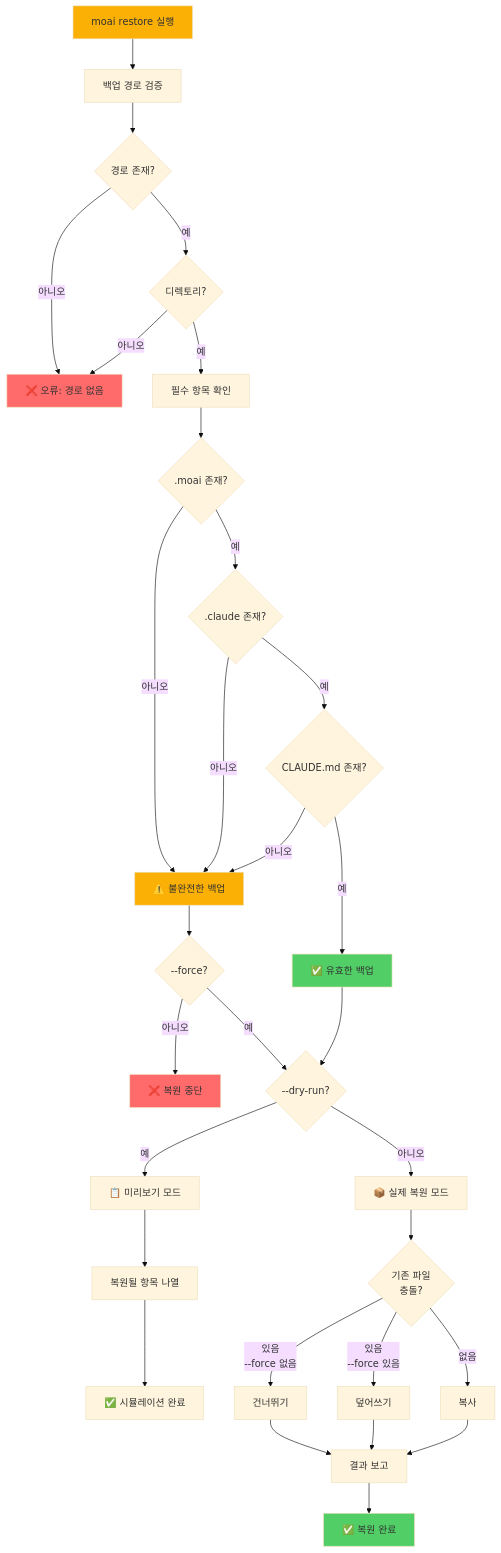
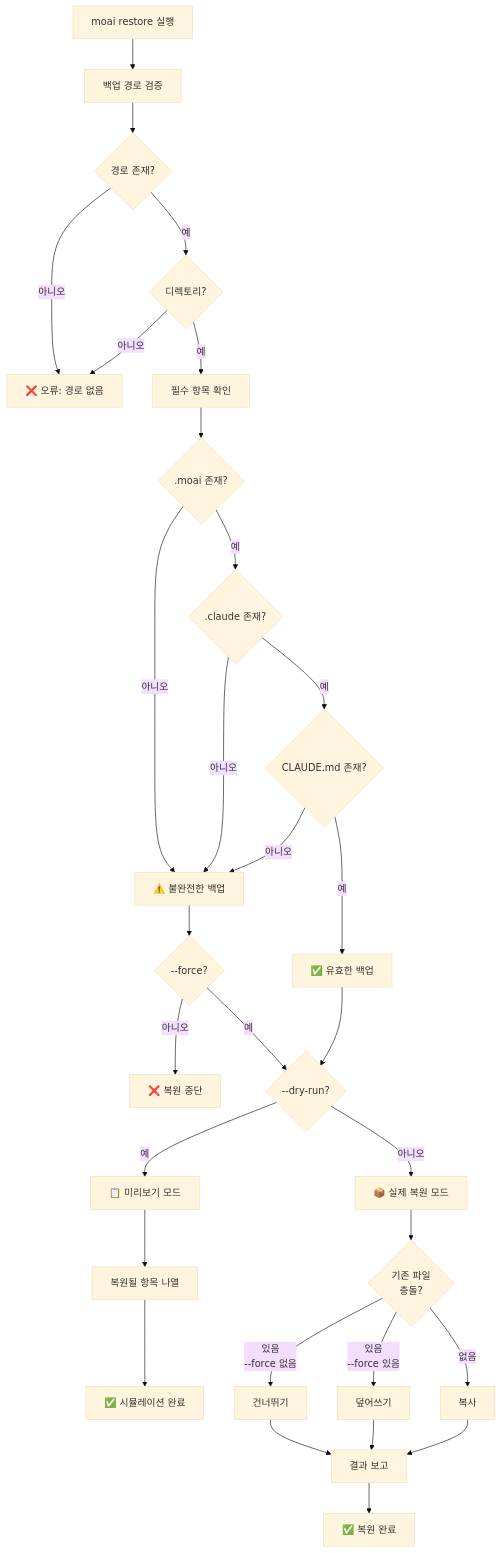
The first of 3 diagrams in docs/cli/restore.md (modu-ai/moai-adk), drawn with Mermaid (base theme) before and after one commit. The commit also changed other lines of this file and 299 other files, not shown here.

First line of the commit message:
🎨 feat: Mermaid 다크/라이트 테마 대응 + trust-checker 통합

````diff
--- a/docs/cli/restore.md
+++ b/docs/cli/restore.md
@@ -17,45 +17,39 @@
 ```mermaid
 flowchart TD
     A[moai restore 실행] --> B[백업 경로 검증]
     B --> C{경로 존재?}
     C -->|아니오| Z[❌ 오류: 경로 없음]
     C -->|예| D{디렉토리?}
     D -->|아니오| Z
     D -->|예| E[필수 항목 확인]
 
     E --> F{.moai 존재?}
     F -->|아니오| G[⚠️ 불완전한 백업]
     F -->|예| H{.claude 존재?}
     H -->|아니오| G
     H -->|예| I{CLAUDE.md 존재?}
     I -->|아니오| G
     I -->|예| J[✅ 유효한 백업]
 
     G --> K{--force?}
     K -->|아니오| Z2[❌ 복원 중단]
     K -->|예| L{--dry-run?}
 
     J --> L
     L -->|예| M[📋 미리보기 모드]
     L -->|아니오| N[📦 실제 복원 모드]
 
     M --> O[복원될 항목 나열]
     O --> P[✅ 시뮬레이션 완료]
 
     N --> Q{기존 파일<br/>충돌?}
     Q -->|있음<br/>--force 없음| R[건너뛰기]
     Q -->|있음<br/>--force 있음| S[덮어쓰기]
     Q -->|없음| T[복사]
 
     R --> U[결과 보고]
     S --> U
     T --> U
     U --> V[✅ 복원 완료]
 
-    style A fill:#fab005
-    style J fill:#51cf66
-    style G fill:#fab005
-    style V fill:#51cf66
-    style Z fill:#ff6b6b
-    style Z2 fill:#ff6b6b
 ```
````
